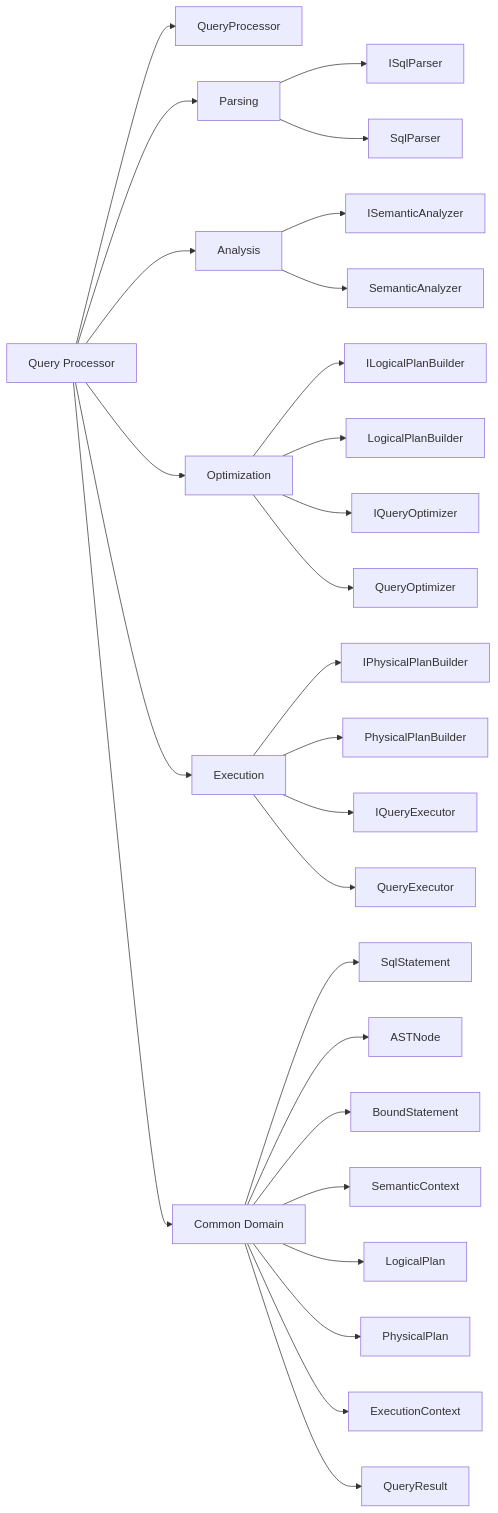
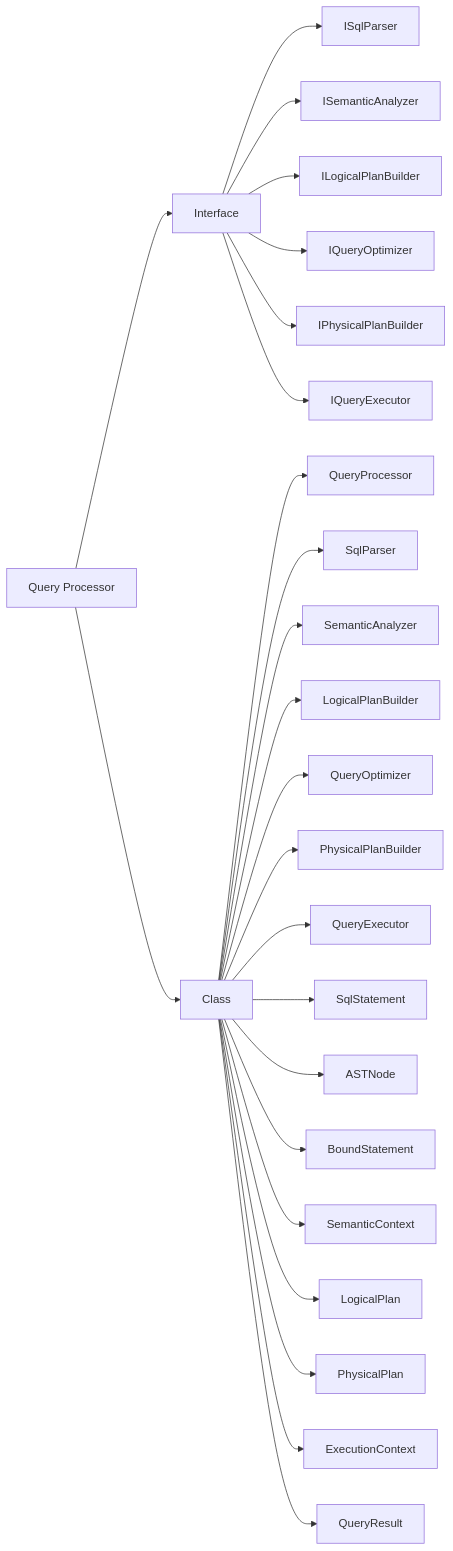
The diagram in docs/class-mindmap/query-processor-mindmap.md (manaxpow/DBMS), drawn with Mermaid before and after one commit. The commit also changed 21 other files, not shown here.

````diff
--- a/docs/class-mindmap/query-processor-mindmap.md
+++ b/docs/class-mindmap/query-processor-mindmap.md
@@ -3,42 +3,33 @@
 ```mermaid
 flowchart LR
     QP[Query Processor]
 
-    %% Root
-    QP --> QPRoot[QueryProcessor]
+    %% Interfaces
+    QP --> INT[Interface]
+    INT --> ISP[ISqlParser]
+    INT --> ISA[ISemanticAnalyzer]
+    INT --> ILPB[ILogicalPlanBuilder]
+    INT --> IQO[IQueryOptimizer]
+    INT --> IPPB[IPhysicalPlanBuilder]
+    INT --> IQE[IQueryExecutor]
 
-    %% Parsing
-    QP --> PARS[Parsing]
-    PARS --> ISP[ISqlParser]
-    PARS --> SP[SqlParser]
+    %% Classes (Implementations)
+    QP --> CLS[Class]
+    CLS --> QPRoot[QueryProcessor]
+    CLS --> SP[SqlParser]
+    CLS --> SA[SemanticAnalyzer]
+    CLS --> LPB[LogicalPlanBuilder]
+    CLS --> QO[QueryOptimizer]
+    CLS --> PPB[PhysicalPlanBuilder]
+    CLS --> QE[QueryExecutor]
 
-    %% Analysis
-    QP --> ANA[Analysis]
-    ANA --> ISA[ISemanticAnalyzer]
-    ANA --> SA[SemanticAnalyzer]
-
-    %% Optimization
-    QP --> OPT[Optimization]
-    OPT --> ILPB[ILogicalPlanBuilder]
-    OPT --> LPB[LogicalPlanBuilder]
-    OPT --> IQO[IQueryOptimizer]
-    OPT --> QO[QueryOptimizer]
-
-    %% Execution
-    QP --> EXEC[Execution]
-    EXEC --> IPPB[IPhysicalPlanBuilder]
-    EXEC --> PPB[PhysicalPlanBuilder]
-    EXEC --> IQE[IQueryExecutor]
-    EXEC --> QE[QueryExecutor]
-
-    %% Common Domain
-    QP --> CD[Common Domain]
-    CD --> SS[SqlStatement]
-    CD --> AST[ASTNode]
-    CD --> BS[BoundStatement]
-    CD --> SC[SemanticContext]
-    CD --> LP[LogicalPlan]
-    CD --> PP[PhysicalPlan]
-    CD --> EC[ExecutionContext]
-    CD --> QR[QueryResult]
+    %% Domain Models (Also in Class folder)
+    CLS --> SS[SqlStatement]
+    CLS --> AST[ASTNode]
+    CLS --> BS[BoundStatement]
+    CLS --> SC[SemanticContext]
+    CLS --> LP[LogicalPlan]
+    CLS --> PP[PhysicalPlan]
+    CLS --> EC[ExecutionContext]
+    CLS --> QR[QueryResult]
 ```
````
